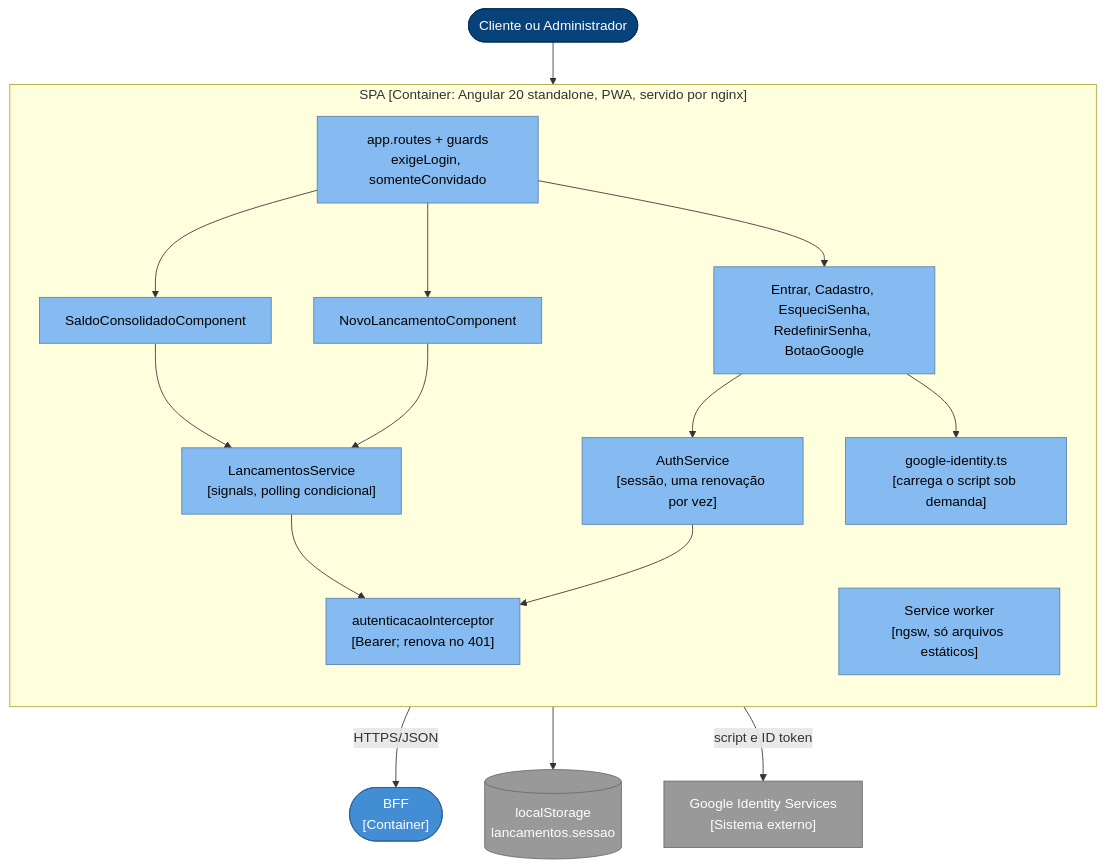
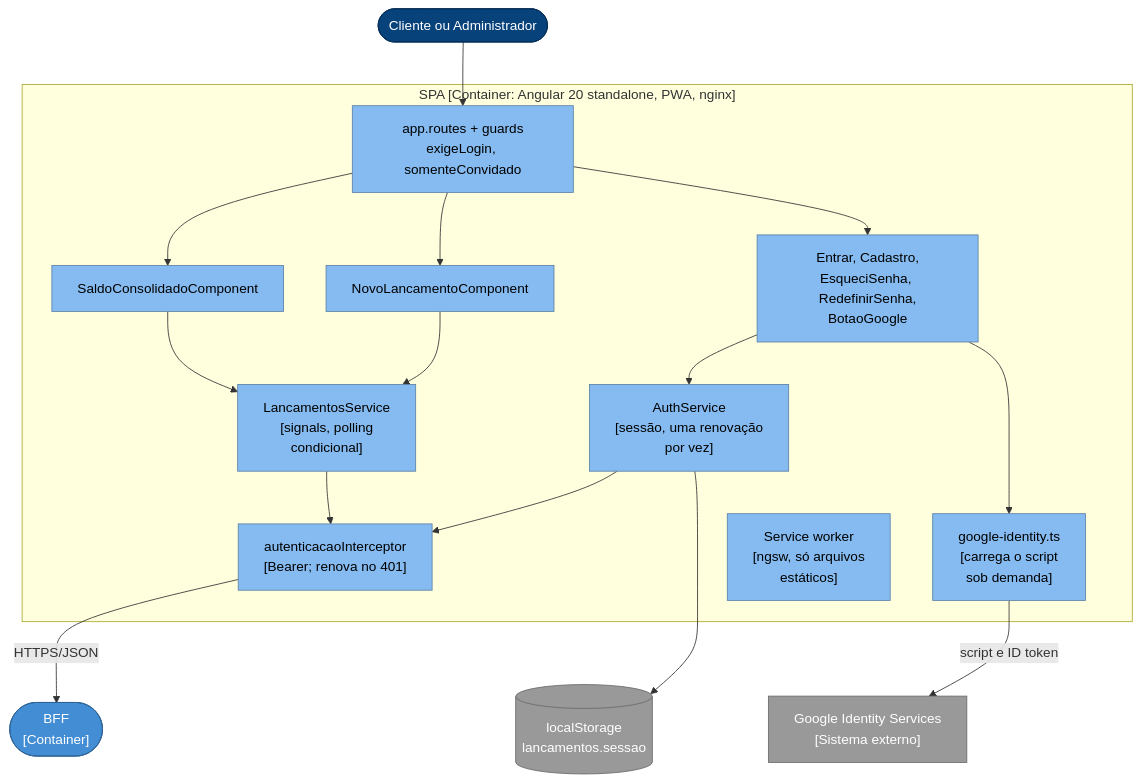
The seventh of 23 diagrams in docs/arquitetura/software/02-c4-componentes-e-codigo.md (michellerodrigues/lancamentos-diarios-poc), drawn with Mermaid before and after one commit. The commit also changed other lines of this file and 45 other files, not shown here.

````diff
--- a/docs/arquitetura/software/02-c4-componentes-e-codigo.md
+++ b/docs/arquitetura/software/02-c4-componentes-e-codigo.md
@@ -229,44 +320,45 @@
 ```mermaid
 flowchart TB
     user(["Cliente ou Administrador"])
 
-    subgraph spa["SPA [Container: Angular 20 standalone, PWA, servido por nginx]"]
-        direction TB
+    subgraph spa["SPA [Container: Angular 20 standalone, PWA, nginx]"]
         rotas["app.routes + guards<br/>exigeLogin, somenteConvidado"]
         t_saldo["SaldoConsolidadoComponent"]
         t_novo["NovoLancamentoComponent"]
-        t_auth["Entrar, Cadastro, EsqueciSenha,<br/>RedefinirSenha, BotaoGoogle"]
-        lserv["LancamentosService<br/>[signals, polling condicional]"]
-        aserv["AuthService<br/>[sessão, uma renovação por vez]"]
+        t_auth["Entrar, Cadastro,<br/>EsqueciSenha, RedefinirSenha,<br/>BotaoGoogle"]
+        lserv["LancamentosService<br/>[signals, polling<br/>condicional]"]
+        aserv["AuthService<br/>[sessão, uma renovação<br/>por vez]"]
         inter["autenticacaoInterceptor<br/>[Bearer; renova no 401]"]
-        gis["google-identity.ts<br/>[carrega o script sob demanda]"]
-        sw["Service worker<br/>[ngsw, só arquivos estáticos]"]
+        gis["google-identity.ts<br/>[carrega o script<br/>sob demanda]"]
+        sw["Service worker<br/>[ngsw, só arquivos<br/>estáticos]"]
     end
 
     bff(["BFF<br/>[Container]"])
     google["Google Identity Services<br/>[Sistema externo]"]
     store[("localStorage<br/>lancamentos.sessao")]
 
     user --> rotas
     rotas --> t_saldo
     rotas --> t_novo
     rotas --> t_auth
     t_saldo --> lserv
     t_novo --> lserv
     t_auth --> aserv
     t_auth --> gis
     lserv --> inter
     aserv --> inter
     inter -->|"HTTPS/JSON"| bff
     aserv --> store
     gis -->|"script e ID token"| google
+    inter ~~~ store
+    inter ~~~ google
 
     classDef pessoa fill:#08427b,stroke:#052e56,color:#ffffff
     classDef container fill:#438dd5,stroke:#2e6295,color:#ffffff
     classDef componente fill:#85bbf0,stroke:#5d82a8,color:#000000
     classDef externo fill:#999999,stroke:#6b6b6b,color:#ffffff
     class user pessoa
     class bff container
     class rotas,t_saldo,t_novo,t_auth,lserv,aserv,inter,gis,sw componente
     class google,store externo
 ```
````
